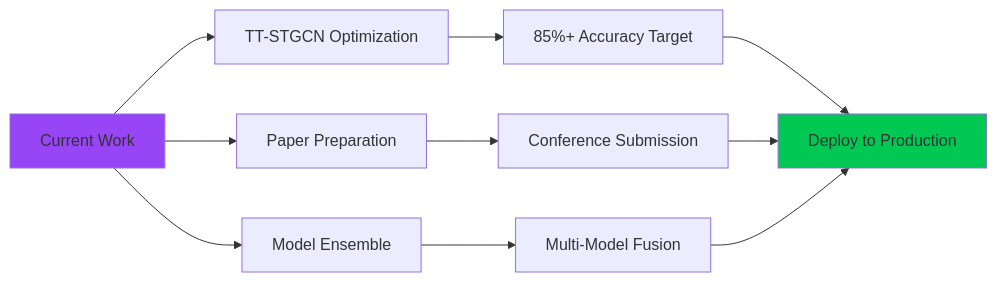
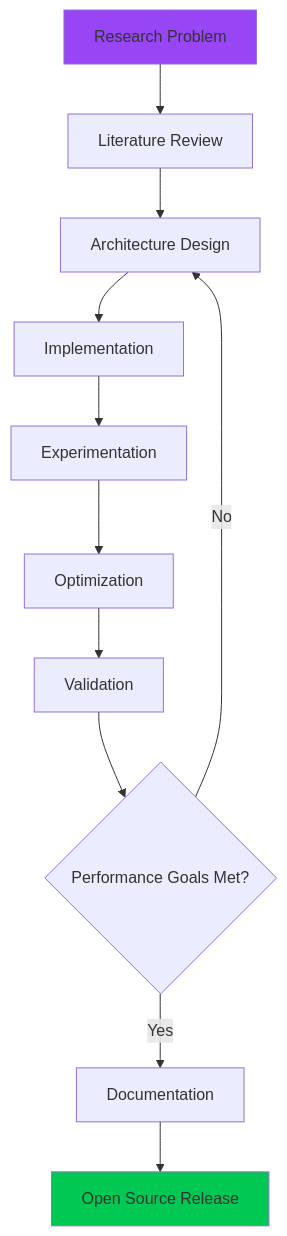
The diagram in README.md (Muhammad-Huzifa/Muhammad-Huzifa), drawn with Mermaid before and after one commit. The commit also changed other lines of this file, not shown here.

First line of the commit message:
Revise README with updated bio and research interests

````diff
--- a/README.md
+++ b/README.md
@@ -259,17 +194,16 @@
 ```mermaid
-graph LR
-    A[Current Work] --> B[TT-STGCN Optimization]
-    A --> C[Paper Preparation]
-    A --> D[Model Ensemble]
-    
-    B --> E[85%+ Accuracy Target]
-    C --> F[Conference Submission]
-    D --> G[Multi-Model Fusion]
-    
-    E --> H[Deploy to Production]
-    F --> H
-    G --> H
+graph TD
+    A[Research Problem] --> B[Literature Review]
+    B --> C[Architecture Design]
+    C --> D[Implementation]
+    D --> E[Experimentation]
+    E --> F[Optimization]
+    F --> G[Validation]
+    G --> H{Performance Goals Met?}
+    H -->|No| C
+    H -->|Yes| I[Documentation]
+    I --> J[Open Source Release]
     
     style A fill:#9745F5
-    style H fill:#00C853
+    style J fill:#00C853
 ```
````
